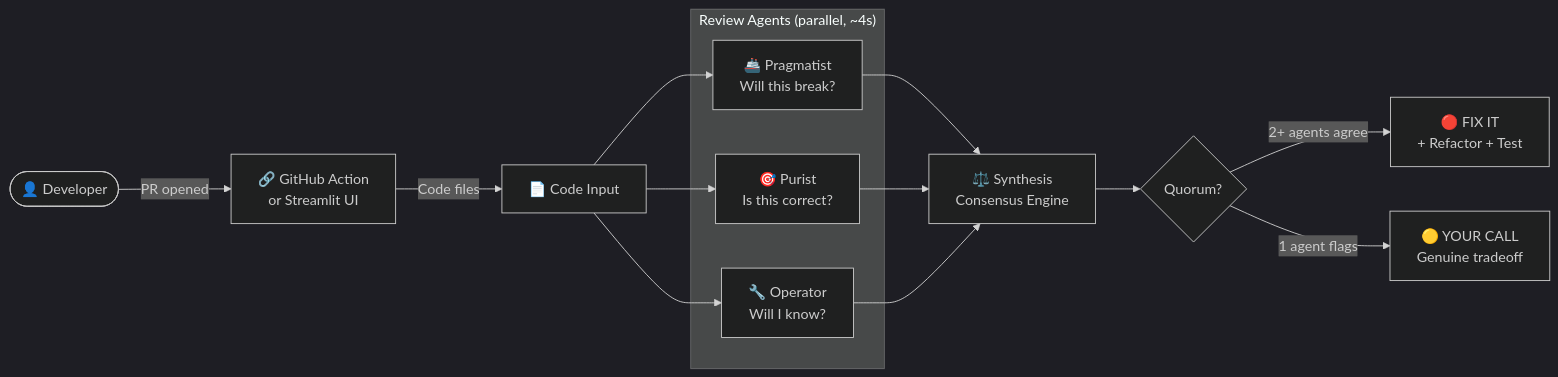
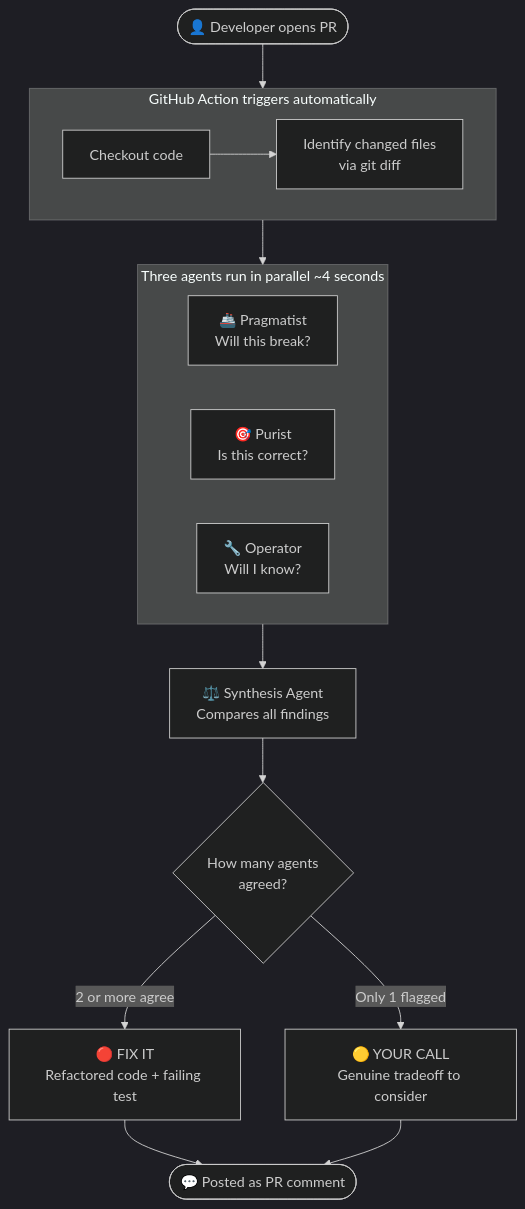
The diagram in README.md (suboss87/CodeQuorum), drawn with Mermaid (dark theme) before and after one commit. The commit also changed other lines of this file, not shown here.

Commit message:
Fix README: resolve nested code block issue, improve diagram and clarity

````diff
--- a/README.md
+++ b/README.md
@@ -166,23 +166,28 @@
 ```mermaid
-flowchart LR
-    A(["👤 Developer"]) -->|PR opened| B["🔗 GitHub Action\nor Streamlit UI"]
-    B -->|Code files| C["📄 Code Input"]
+flowchart TD
+    A([👤 Developer opens PR]) --> B
 
-    C --> D["🚢 Pragmatist\nWill this break?"]
-    C --> E["🎯 Purist\nIs this correct?"]
-    C --> F["🔧 Operator\nWill I know?"]
-
-    subgraph G ["  Review Agents  (parallel, ~4s)  "]
-        D
-        E
-        F
+    subgraph B ["GitHub Action triggers automatically"]
+        direction LR
+        B1[Checkout code] --> B2[Identify changed files\nvia git diff]
     end
 
-    D --> H["⚖️ Synthesis\nConsensus Engine"]
-    E --> H
-    F --> H
+    B --> C
 
-    H --> I{Quorum?}
-    I -->|"2+ agents agree"| J["🔴 FIX IT\n+ Refactor + Test"]
-    I -->|"1 agent flags"| K["🟡 YOUR CALL\nGenuine tradeoff"]
+    subgraph C ["Three agents run in parallel  ~4 seconds "]
+        direction LR
+        P["🚢 Pragmatist\nWill this break?"]
+        U["🎯 Purist\nIs this correct?"]
+        O["🔧 Operator\nWill I know?"]
+    end
+
+    C --> D["⚖️ Synthesis Agent\nCompares all findings"]
+
+    D --> E{How many agents\nagreed?}
+
+    E -->|2 or more agree| F["🔴 FIX IT\nRefactored code + failing test"]
+    E -->|Only 1 flagged| G["🟡 YOUR CALL\nGenuine tradeoff to consider"]
+
+    F --> H([💬 Posted as PR comment])
+    G --> H
 ```
````
